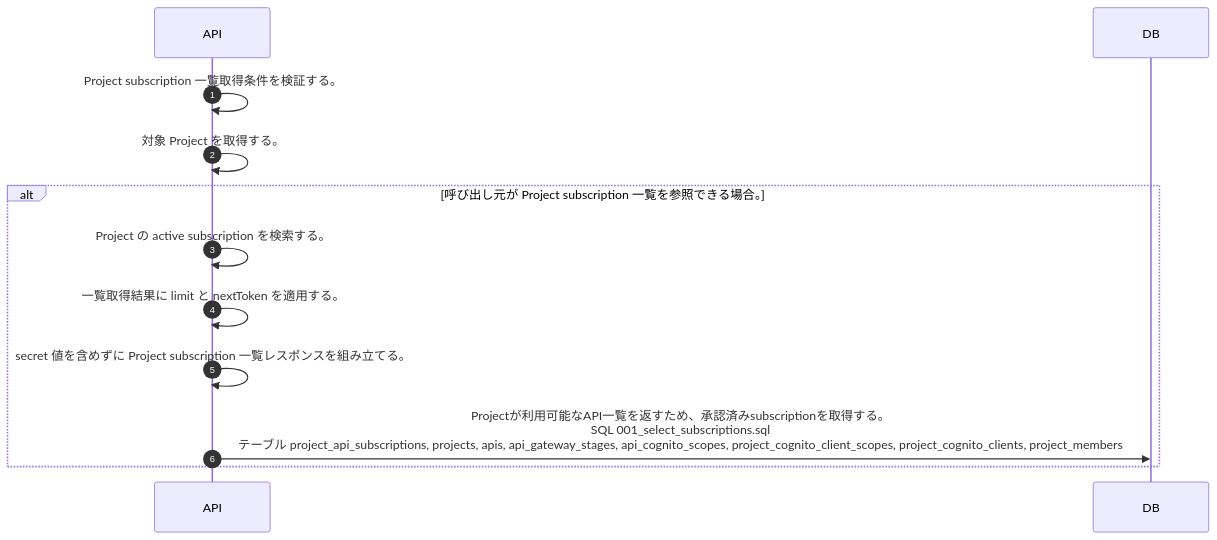
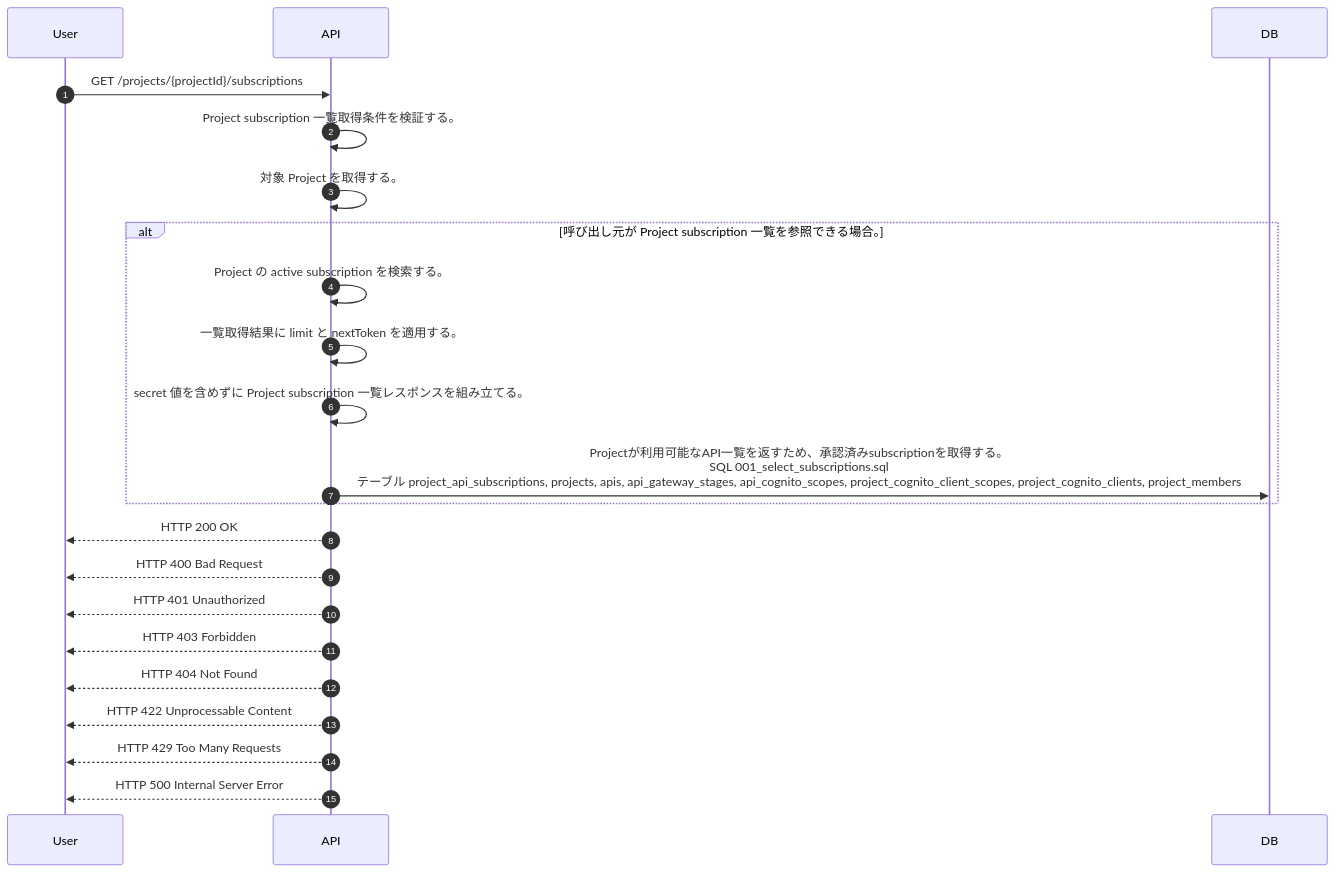
One commit to tsuji-tomonori/lazunex changed the diagram in docs/spec/40.apis/projects/list_project_subscriptions/sequence_gen.md. Above: the diagram before and after it, drawn with Mermaid. The commit also changed 21 other files, not shown here.

Commit message:
✨ feat(sequence): HTTP status を sequence 生成に反映

````diff
--- a/docs/spec/40.apis/projects/list_project_subscriptions/sequence_gen.md
+++ b/docs/spec/40.apis/projects/list_project_subscriptions/sequence_gen.md
@@ -5,14 +5,24 @@
 ```mermaid
 sequenceDiagram
   autonumber
+  participant User as User
   participant API as API
   participant DB as DB
+  User->>API: GET /projects/{projectId}/subscriptions
   API->>API: Project subscription 一覧取得条件を検証する。
   API->>API: 対象 Project を取得する。
   alt 呼び出し元が Project subscription 一覧を参照できる場合。
     API->>API: Project の active subscription を検索する。
     API->>API: 一覧取得結果に limit と nextToken を適用する。
     API->>API: secret 値を含めずに Project subscription 一覧レスポンスを組み立てる。
     API->>DB: Projectが利用可能なAPI一覧を返すため、承認済みsubscriptionを取得する。<br/>SQL 001_select_subscriptions.sql<br/>テーブル project_api_subscriptions, projects, apis, api_gateway_stages, api_cognito_scopes, project_cognito_client_scopes, project_cognito_clients, project_members
   end
+  API-->>User: HTTP 200 OK
+  API-->>User: HTTP 400 Bad Request
+  API-->>User: HTTP 401 Unauthorized
+  API-->>User: HTTP 403 Forbidden
+  API-->>User: HTTP 404 Not Found
+  API-->>User: HTTP 422 Unprocessable Content
+  API-->>User: HTTP 429 Too Many Requests
+  API-->>User: HTTP 500 Internal Server Error
 ```
````
